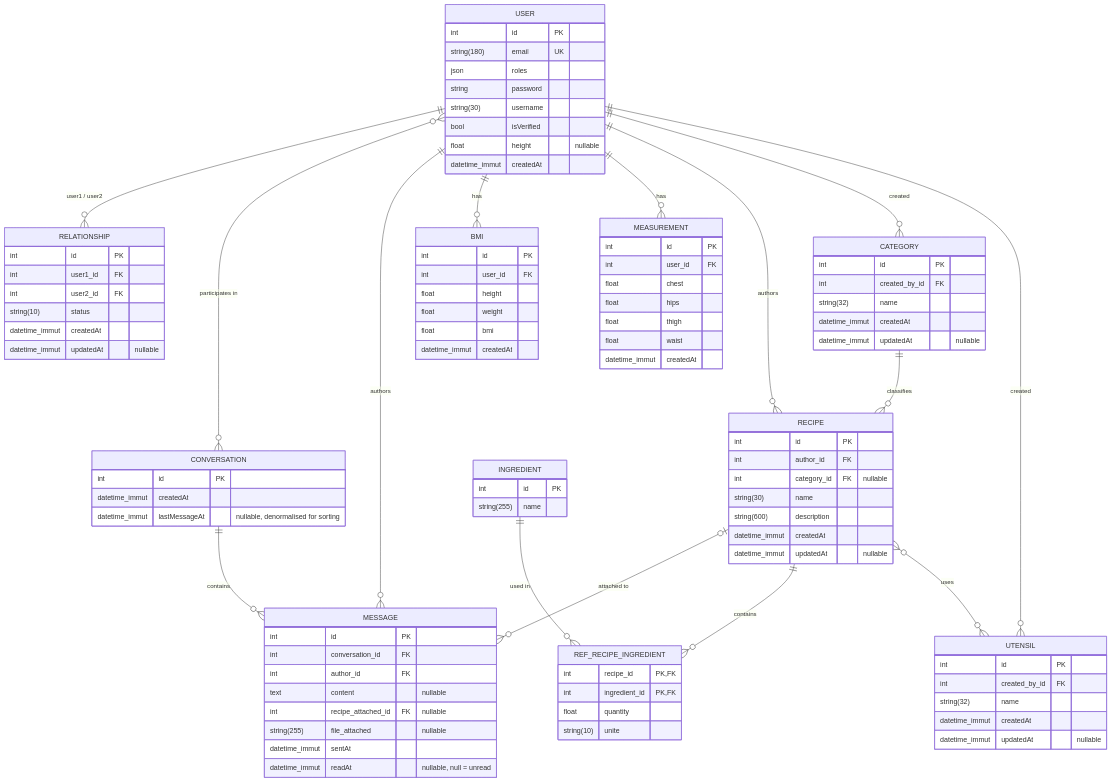
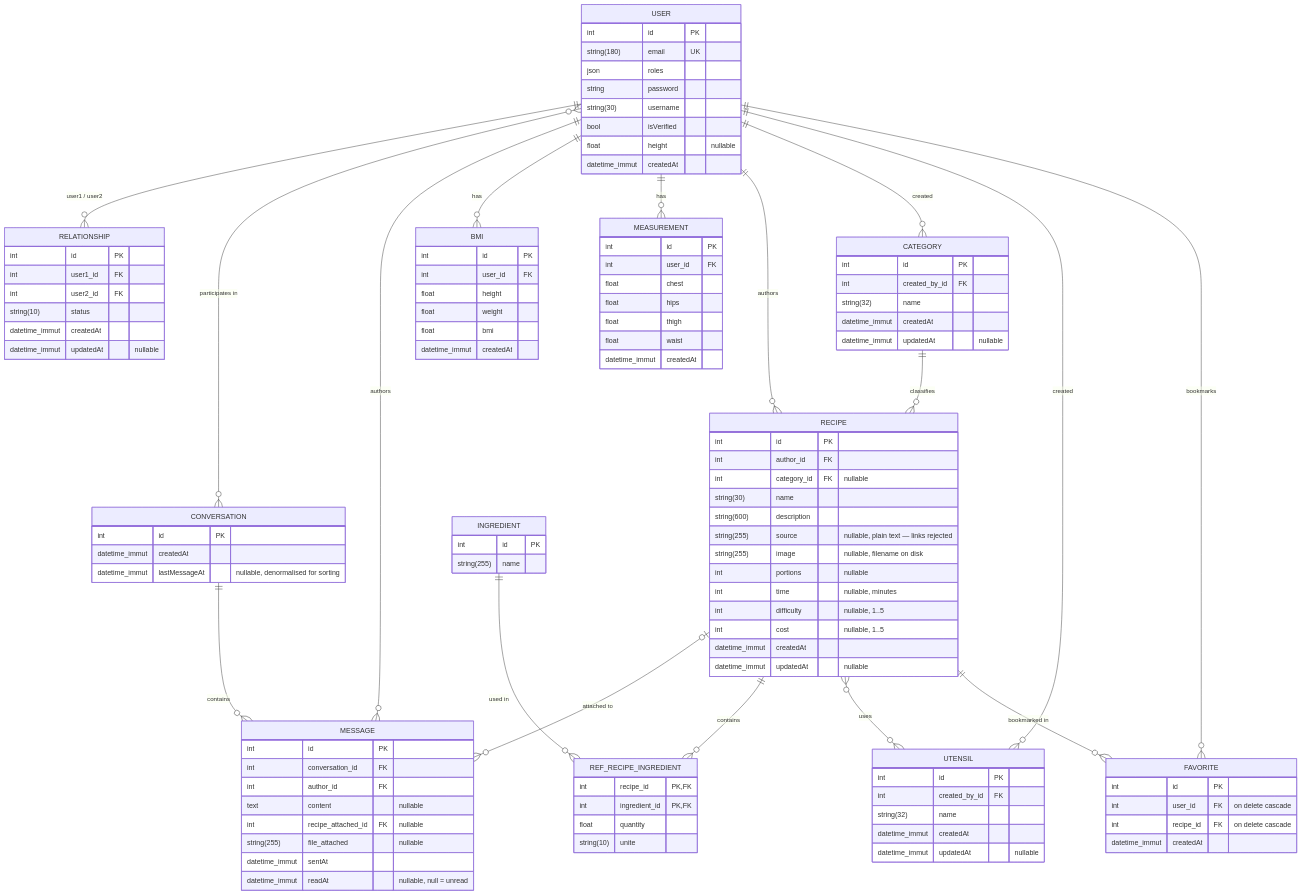
The diagram in README.md (EECKHOUTRemi/MesApplisHF), drawn with Mermaid before and after one commit. The commit also changed other lines of this file and 3 other files, not shown here.

```diff
--- a/README.md
+++ b/README.md
@@ -338,6 +425,8 @@
     RECIPE ||--o{ REF_RECIPE_INGREDIENT : contains
     INGREDIENT ||--o{ REF_RECIPE_INGREDIENT : "used in"
     RECIPE }o--o{ UTENSIL               : "uses"
+    USER ||--o{ FAVORITE                : bookmarks
+    RECIPE ||--o{ FAVORITE              : "bookmarked in"
 
     USER {
         int             id PK
@@ -401,8 +490,21 @@
         int             category_id FK "nullable"
         string(30)      name
         string(600)     description
+        string(255)     source "nullable, plain text — links rejected"
+        string(255)     image "nullable, filename on disk"
+        int             portions "nullable"
+        int             time "nullable, minutes"
+        int             difficulty "nullable, 1..5"
+        int             cost "nullable, 1..5"
         datetime_immut  createdAt
         datetime_immut  updatedAt "nullable"
+    }
+
+    FAVORITE {
+        int             id PK
+        int             user_id FK "on delete cascade"
+        int             recipe_id FK "on delete cascade"
+        datetime_immut  createdAt
     }
 
     INGREDIENT {
```
